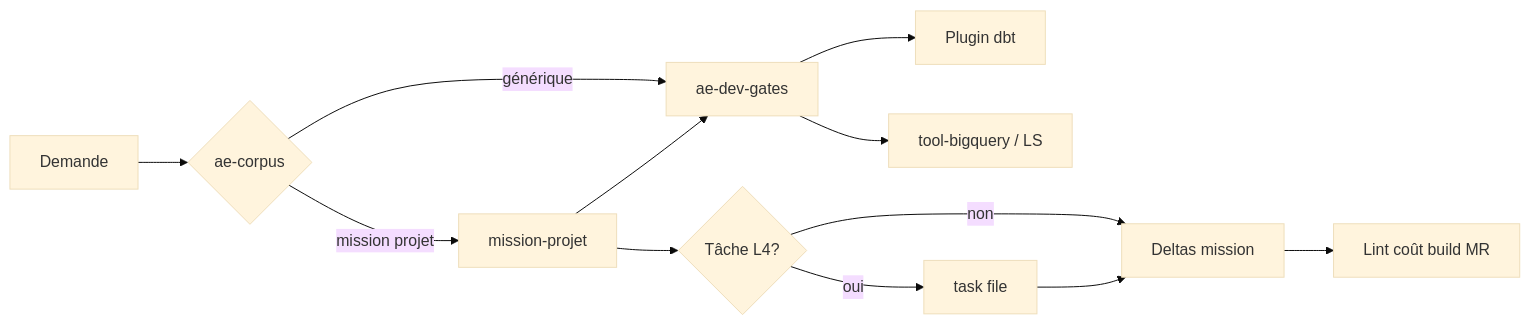
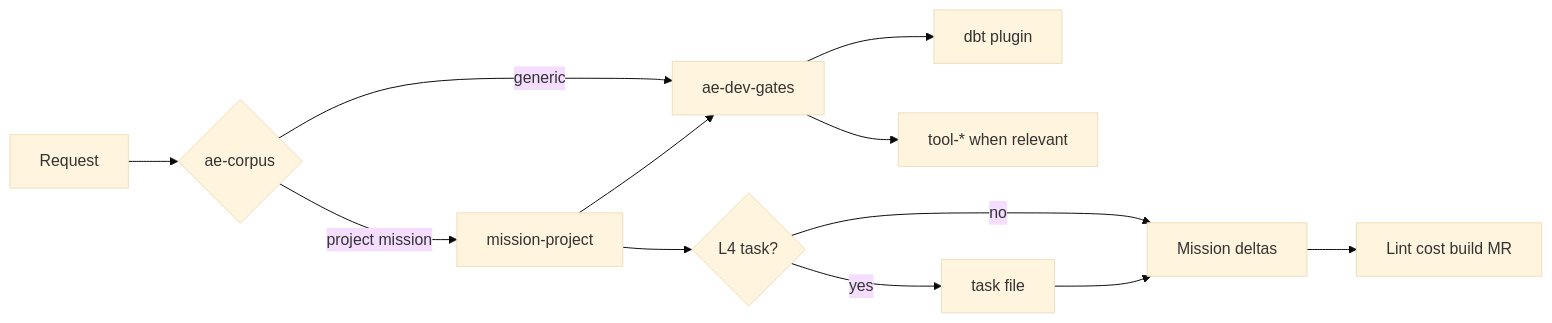
Before and after one commit to doudjol57/ae-agent-skills: the second of 3 diagrams in plugins/ae-agent-skills/skills/ae-corpus/architecture.md, drawn with Mermaid (base theme). The commit also changed other lines of this file and 7 other files, not shown here.

````diff
--- a/plugins/ae-agent-skills/skills/ae-corpus/architecture.md
+++ b/plugins/ae-agent-skills/skills/ae-corpus/architecture.md
@@ -50,14 +56,14 @@
 ```mermaid
 flowchart LR
-  Q[Demande] --> IDX{ae-corpus}
-  IDX -->|mission projet| M[mission-projet]
-  IDX -->|générique| G[ae-dev-gates]
+  Q[Request] --> IDX{ae-corpus}
+  IDX -->|project mission| M[mission-project]
+  IDX -->|generic| G[ae-dev-gates]
   M --> G
-  G --> P[Plugin dbt]
-  G --> Tool[tool-bigquery / LS]
-  M --> Task{Tâche L4?}
-  Task -->|oui| L4[task file]
-  Task -->|non| Impl[Deltas mission]
+  G --> P[dbt plugin]
+  G --> Tool[tool-* when relevant]
+  M --> Task{L4 task?}
+  Task -->|yes| L4[task file]
+  Task -->|no| Impl[Mission deltas]
   L4 --> Impl
-  Impl --> Out[Lint coût build MR]
+  Impl --> Out[Lint cost build MR]
 ```
````
